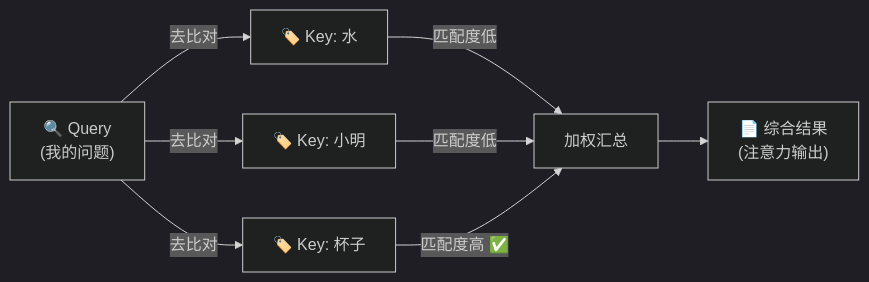
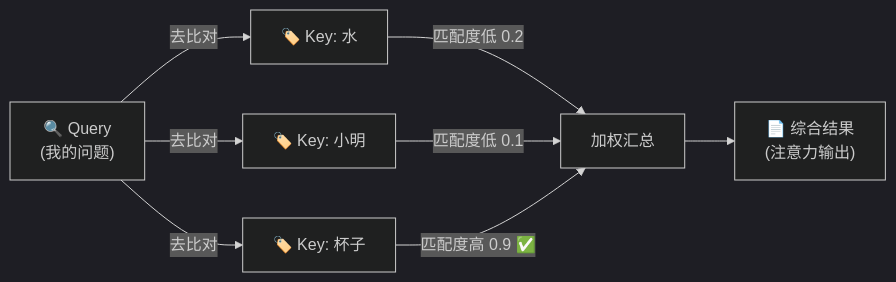
Before and after one commit to zerioo1970/summary: the third of 12 diagrams in transformer-学习资料/第03章-注意力机制.md, drawn with Mermaid (dark theme). The commit also changed other lines of this file and 4 other files, not shown here.

Commit message:
大幅扩写第3-7章:新增数值手算/深入原理/更多图解/FAQ/可视化代码

````diff
--- a/transformer-学习资料/第03章-注意力机制.md
+++ b/transformer-学习资料/第03章-注意力机制.md
@@ -47,10 +99,10 @@
 ```mermaid
 flowchart LR
     Q["🔍 Query<br/>(我的问题)"] -->|去比对| K1["🏷️ Key: 水"]
     Q -->|去比对| K2["🏷️ Key: 小明"]
     Q -->|去比对| K3["🏷️ Key: 杯子"]
-    K1 -->|匹配度低| S["加权汇总"]
-    K2 -->|匹配度低| S
-    K3 -->|匹配度高 ✅| S
+    K1 -->|匹配度低 0.2| S["加权汇总"]
+    K2 -->|匹配度低 0.1| S
+    K3 -->|匹配度高 0.9 ✅| S
     S --> OUT["📄 综合结果<br/>(注意力输出)"]
 ```
````
